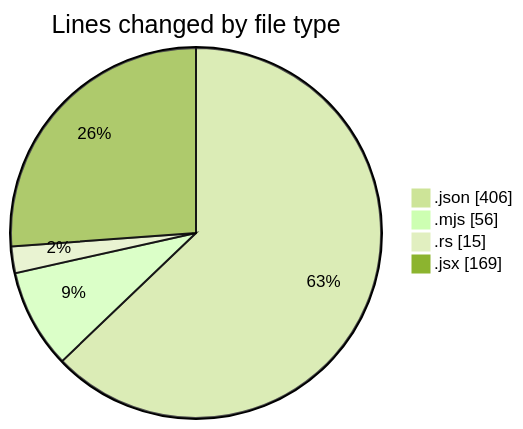
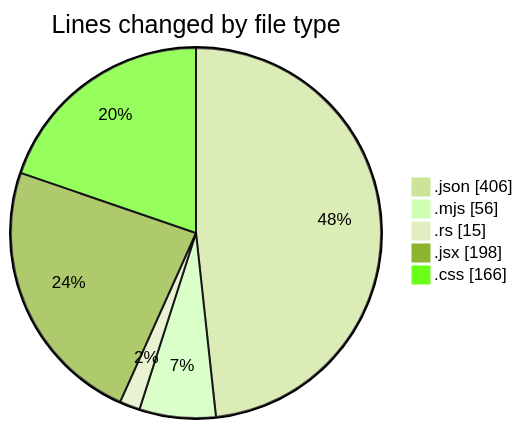
Before and after one commit to charlie-sans/code-tracking: the first of 2 diagrams in 2025-01-28/trollerboard/README.md, drawn with Mermaid (forest theme). The commit also changed other lines of this file and 1 other file, not shown here.

````diff
--- a/2025-01-28/trollerboard/README.md
+++ b/2025-01-28/trollerboard/README.md
@@ -24,8 +25,9 @@
 ```mermaid
 pie showData
 title Lines changed by file type
 ".json" : 406
 ".mjs" : 56
 ".rs" : 15
-".jsx" : 169
+".jsx" : 198
+".css" : 166
 ```
````
